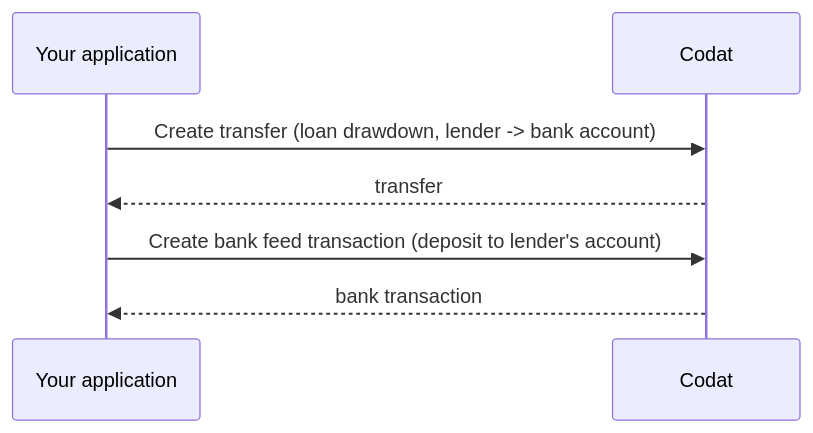
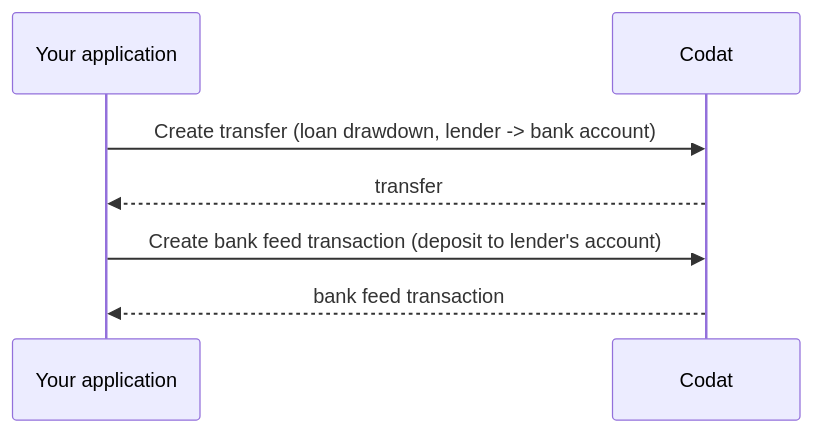
Before and after one commit to codatio/codat-docs: the diagram in docs/lending/guides/loan-writeback/deposit.md, drawn with Mermaid.

Commit message:
Apply suggestions from code review

````diff
--- a/docs/lending/guides/loan-writeback/deposit.md
+++ b/docs/lending/guides/loan-writeback/deposit.md
@@ -17,11 +17,11 @@
 ```mermaid
     sequenceDiagram
         participant backend as Your application 
         participant codat as Codat
 
         backend ->> codat: Create transfer (loan drawdown, lender -> bank account)
         codat -->> backend:  transfer
 
         backend ->> codat: Create bank feed transaction (deposit to lender's account)
-        codat -->> backend: bank transaction
+        codat -->> backend: bank feed transaction
 ```
````
